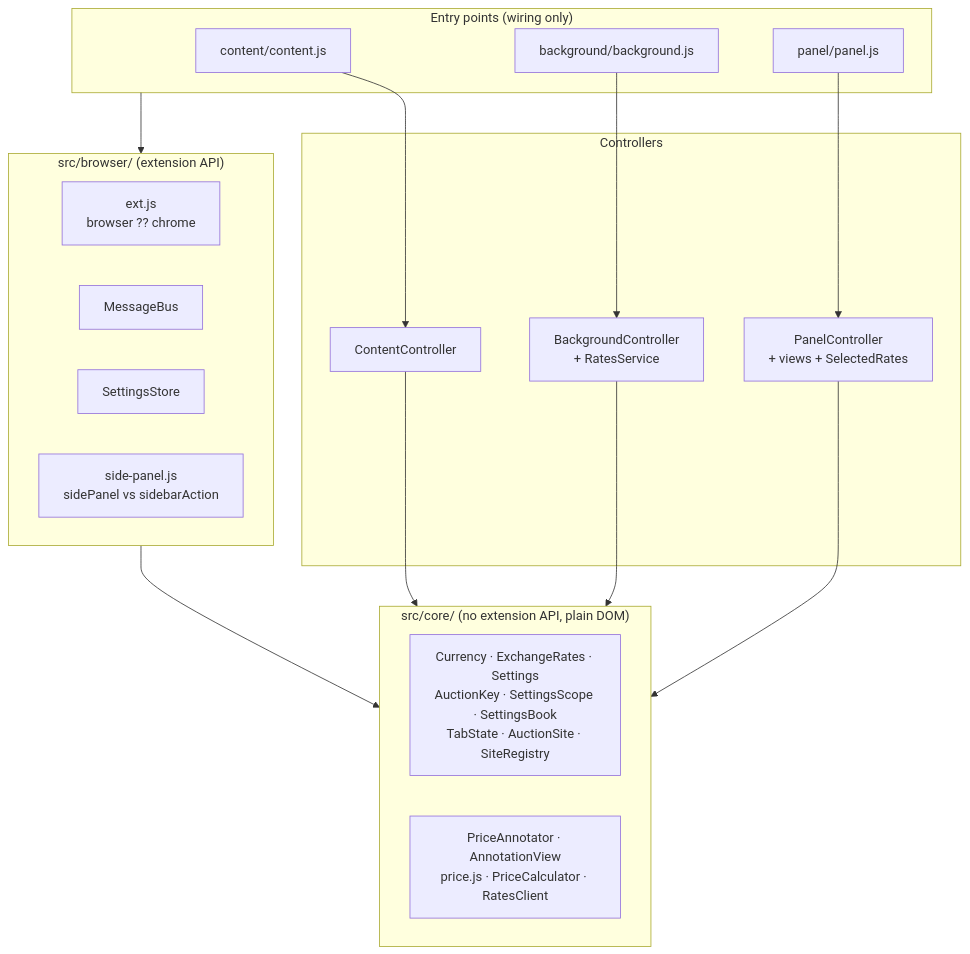
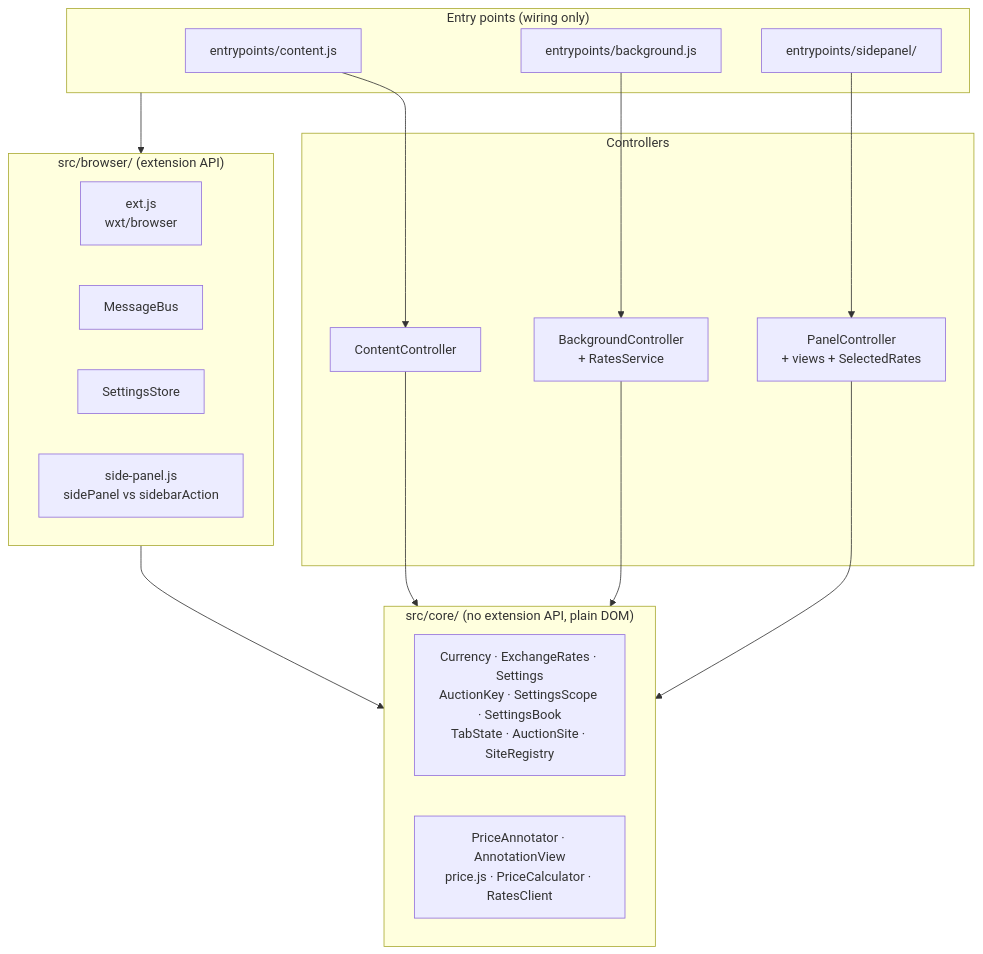
One commit to radyak/minerva-browserplugin changed the first of 7 diagrams in docs/architecture.md. Above: the diagram before and after it, drawn with Mermaid. The commit also changed other lines of this file and 37 other files, not shown here.

````diff
--- a/docs/architecture.md
+++ b/docs/architecture.md
@@ -15,32 +15,32 @@
 ```mermaid
 flowchart TB
   subgraph entry["Entry points (wiring only)"]
-    content_js["content/content.js"]
-    background_js["background/background.js"]
-    panel_js["panel/panel.js"]
+    content_js["entrypoints/content.js"]
+    background_js["entrypoints/background.js"]
+    panel_js["entrypoints/sidepanel/"]
   end
   subgraph controllers["Controllers"]
     CC["ContentController"]
     BC["BackgroundController<br/>+ RatesService"]
     PC["PanelController<br/>+ views + SelectedRates"]
   end
   subgraph browser["src/browser/ (extension API)"]
-    ext["ext.js<br/>browser ?? chrome"]
+    ext["ext.js<br/>wxt/browser"]
     bus["MessageBus"]
     store["SettingsStore"]
     side["side-panel.js<br/>sidePanel vs sidebarAction"]
   end
   subgraph core["src/core/ (no extension API, plain DOM)"]
     domain["Currency · ExchangeRates · Settings<br/>AuctionKey · SettingsScope · SettingsBook<br/>TabState · AuctionSite · SiteRegistry"]
     logic["PriceAnnotator · AnnotationView<br/>price.js · PriceCalculator · RatesClient"]
   end
 
   content_js --> CC
   background_js --> BC
   panel_js --> PC
   entry --> browser
   CC --> core
   BC --> core
   PC --> core
   browser --> core
 ```
````
